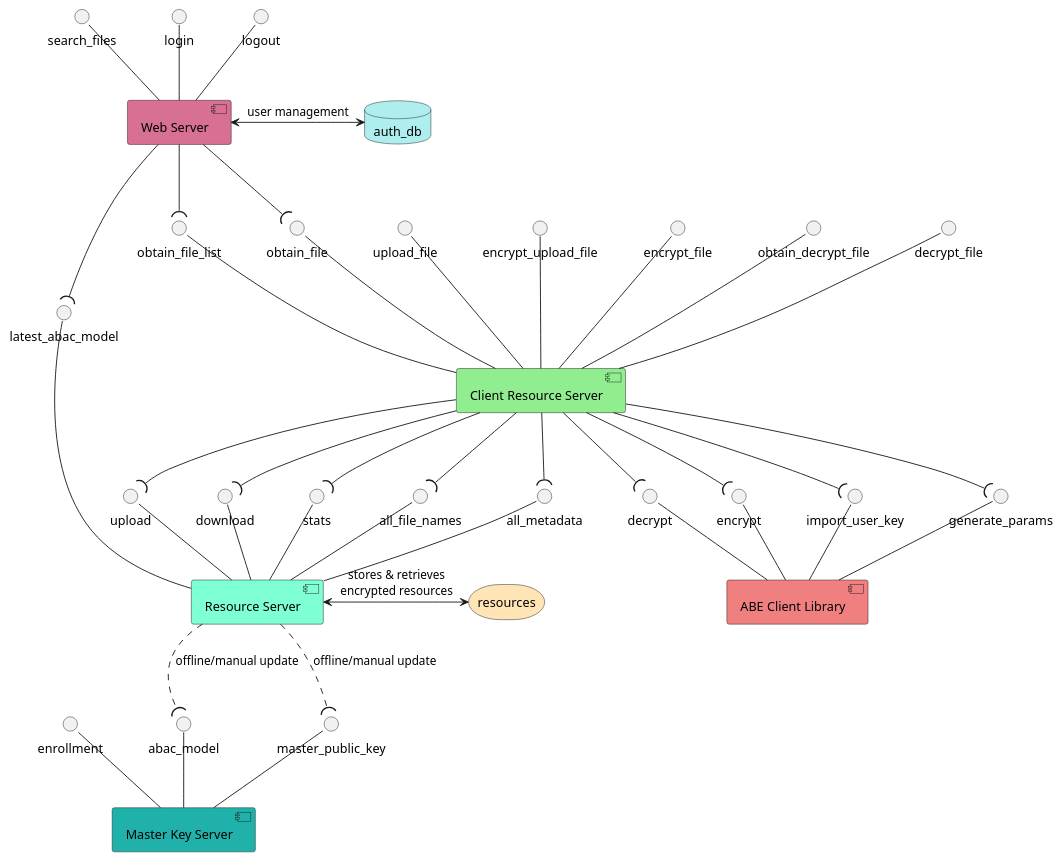
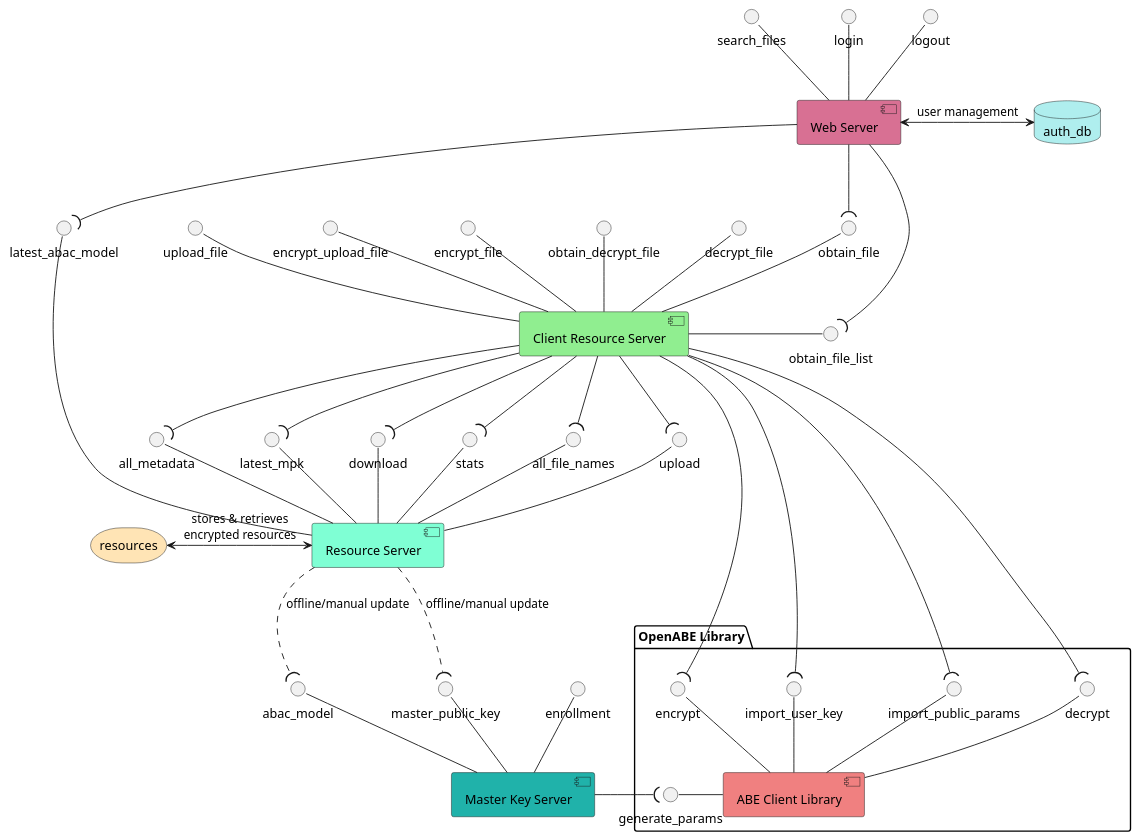
One commit to 2190594W/l4-project-research changed the diagram in diagrams/infrastructure/system_architecture.plantuml. Above: the diagram before and after it, drawn with PlantUML. The commit also changed 2 other files, not shown here.

Commit message:
Update diagrams to better match design of OpenABE.

```diff
--- a/diagrams/infrastructure/system_architecture.plantuml
+++ b/diagrams/infrastructure/system_architecture.plantuml
@@ -1,62 +1,69 @@
 @startuml
 'define deployment entities
 database auth_db #PaleTurquoise
 storage resources #Moccasin
 
 'define components
 component [Resource Server] as rs #Aquamarine
 component [Web Server] as ws #PaleVioletRed
 component [Master Key Server] as mks #LightSeaGreen
 component [Client Resource Server] as crs #LightGreen
-component [ABE Client Library] as abecl #LightCoral
+
+package "OpenABE Library" {
+  component [ABE Client Library] as abecl #LightCoral
+  import_public_params -- abecl
+  decrypt -- abecl
+  encrypt -- abecl
+  import_user_key -- abecl
+  generate_params -right- abecl
+}
 
 'define links to deployment entities
-rs <-right-> resources: "stores & retrieves\nencrypted resources"
+rs <-left-> resources: "stores & retrieves\nencrypted resources"
 ws <-right-> auth_db: "user management"
 
 'define interfaces for mks, rs & abecl
 abac_model -- mks
 enrollment -- mks
 master_public_key -- mks
 upload -- rs
 download -- rs
 stats -- rs
 all_file_names -- rs
 all_metadata -- rs
+latest_mpk -- rs
 latest_abac_model -- rs
-decrypt -- abecl
-encrypt -- abecl
-import_user_key -- abecl
-generate_params -- abecl
 
-'define use of interfaces for crs & rs
+'define use of interfaces for crs, mks & rs
+mks -right-( generate_params
 crs -down-( upload
 crs -down-( download
 crs -down-( stats
 crs -down-( all_file_names
 crs -down-( all_metadata
+crs -down-( latest_mpk
 crs -down-( decrypt
 crs -down-( encrypt
 crs -down-( import_user_key
-crs -down-( generate_params
+crs -down-( import_public_params
 rs ..( abac_model: "offline/manual update"
 rs ..( master_public_key: "offline/manual update"
 
 'define interfaces for crs & ws
-obtain_file_list -- crs
+obtain_file_list -left- crs
 upload_file -- crs
 encrypt_upload_file -- crs
 encrypt_file -- crs
 obtain_file -- crs
 obtain_decrypt_file -- crs
 decrypt_file -- crs
 search_files -- ws
 login -- ws
 logout -- ws
 
 'define web server interface use
 ws -down-( obtain_file_list
 ws -down-( obtain_file
 ws -down-( latest_abac_model
 
 @enduml
```
